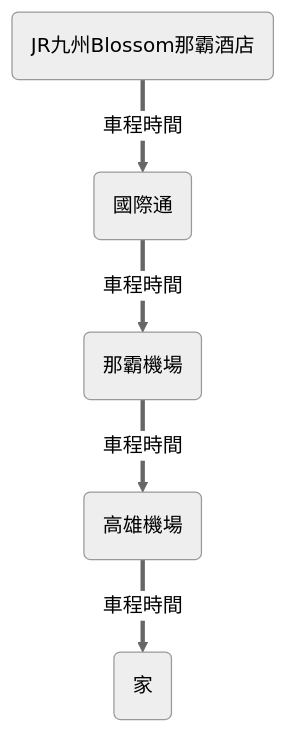
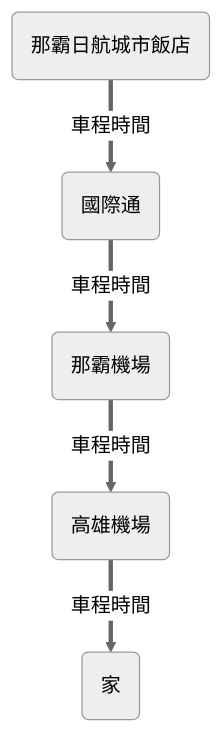
The sixth of 6 diagrams in docs/blog/posts/okinawa/okinawa-2024-12/okinawa-2024-12.md (wilder640/trip), drawn with Mermaid (neutral theme) before and after one commit. The commit also changed other lines of this file and 1 other file, not shown here.

````diff
--- a/docs/blog/posts/okinawa/okinawa-2024-12/okinawa-2024-12.md
+++ b/docs/blog/posts/okinawa/okinawa-2024-12/okinawa-2024-12.md
@@ -437,10 +451,10 @@
 ``` mermaid
 graph TD
 A == 車程時間 ==> B == 車程時間 ==> C == 車程時間 ==> D == 車程時間 ==> E
 
-A(JR九州Blossom那霸酒店)
+A(那霸日航城市飯店)
 B(國際通)
 C(那霸機場)
 D(高雄機場)
 E(家)
 ```
````
